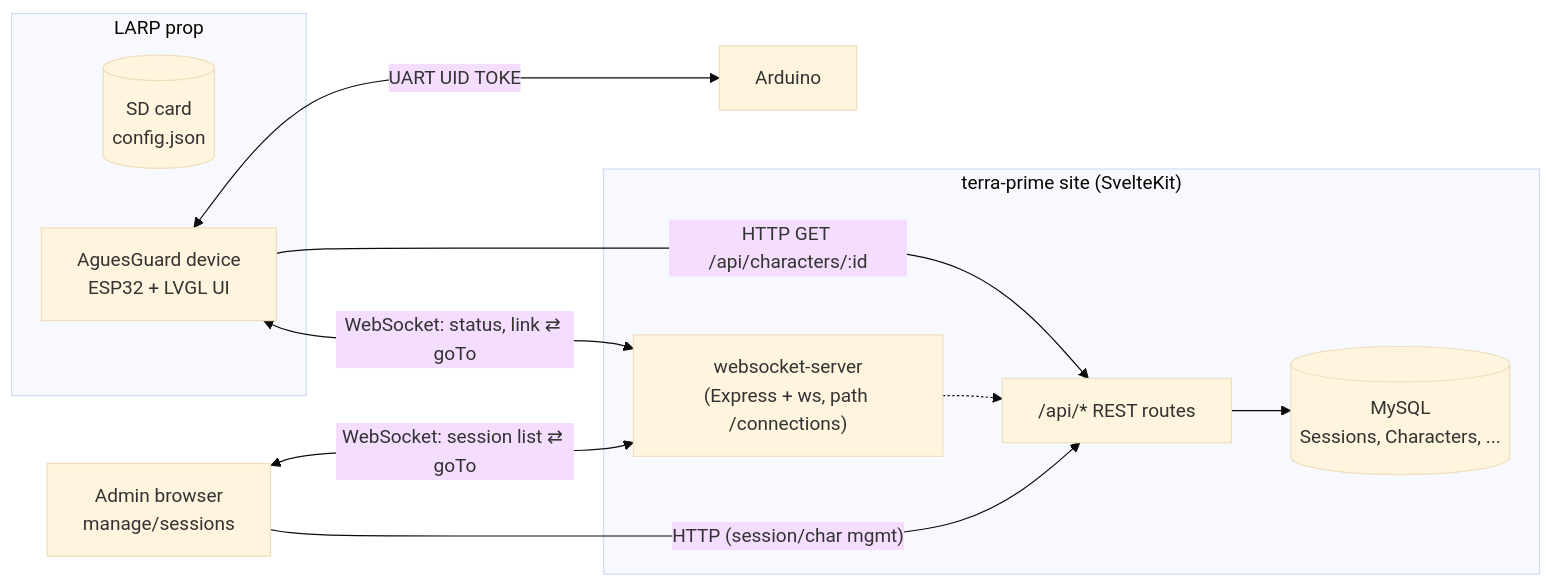
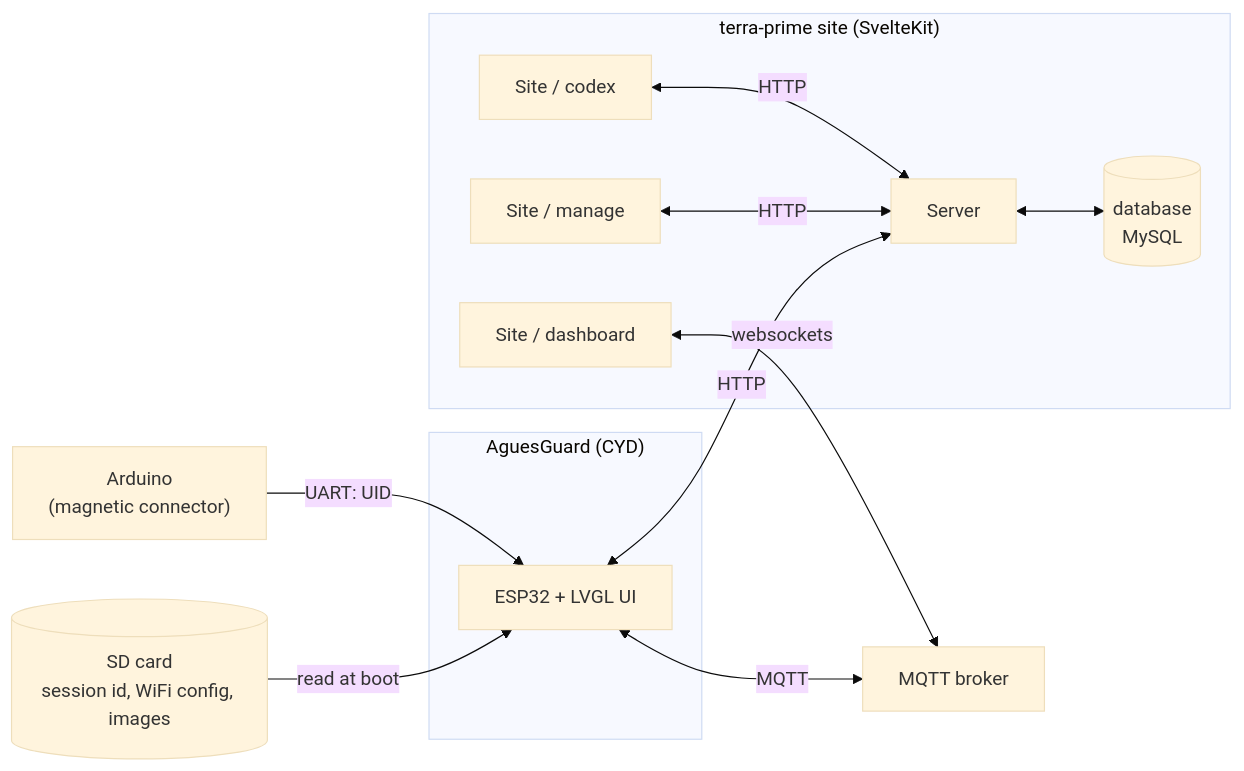
Before and after one commit to yodivdhende/terra-prime: the first of 3 diagrams in docs/agues-guard_DESIGN.md, drawn with Mermaid (base theme). The commit also changed other lines of this file and 2 other files, not shown here.

````diff
--- a/docs/agues-guard_DESIGN.md
+++ b/docs/agues-guard_DESIGN.md
@@ -38,25 +365,28 @@
 ```mermaid
 flowchart LR
-    subgraph AguesGuard["LARP prop"]
-        SD[(SD card\nconfig.json)]
-        Device["AguesGuard device\nESP32 + LVGL UI"]
+    SD[(SD card\nsession id, WiFi config, images)]
+    Arduino["Arduino\n(magnetic connector)"]
+
+    subgraph Device["AguesGuard (CYD)"]
+        AG["ESP32 + LVGL UI"]
     end
 
-    Arduino
+    Broker["MQTT broker"]
 
     subgraph Site["terra-prime site (SvelteKit)"]
-        API["/api/* REST routes"]
-        WS["websocket-server\n(Express + ws, path /connections)"]
-        DB[(MySQL\nSessions, Characters, ...)]
-        API --> DB
-WS -.-> API
+        Dashboard["Site / dashboard"]
+        Manage["Site / manage"]
+        Codex["Site / codex"]
+        Server["Server"]
+        DB[(database\nMySQL)]
     end
 
-    Admin["Admin browser\nmanage/sessions"]
-
-    Device <-- "UART UID TOKE" --> Arduino
-    Device -- "HTTP GET /api/characters/:id" --> API
-    Device <-- "WebSocket: status, link ⇄ goTo" --> WS
-    Admin <-- "WebSocket: session list ⇄ goTo" --> WS
-    Admin -- "HTTP (session/char mgmt)" --> API
+    SD -- "read at boot" --> AG
+    Arduino -- "UART: UID" --> AG
+    AG <-- "MQTT" --> Broker
+    AG <-- "HTTP" --> Server
+    Dashboard <-- "websockets" --> Broker
+    Manage <-- "HTTP" --> Server
+    Codex <-- "HTTP" --> Server
+    Server <--> DB
 ```
````
